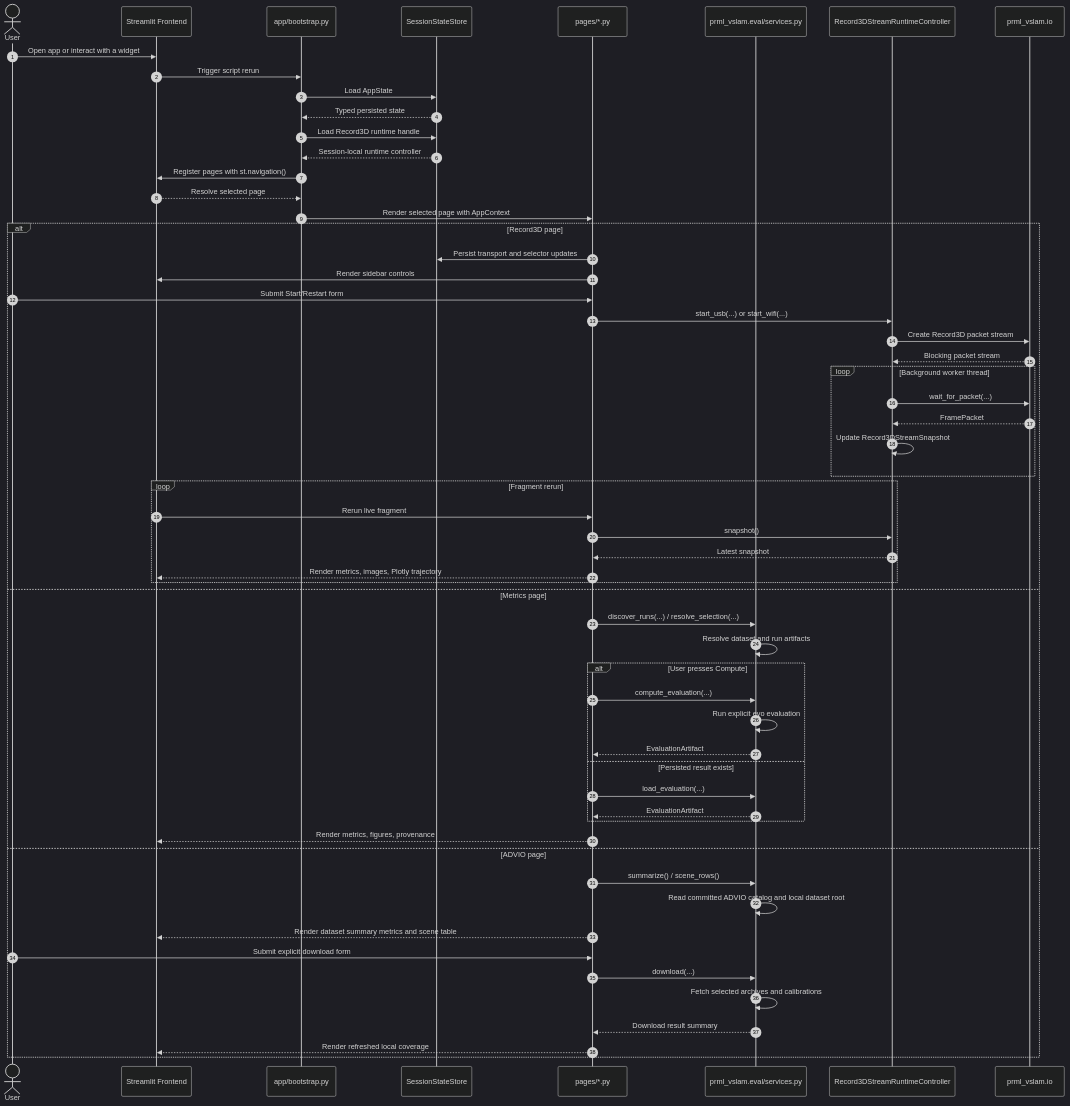
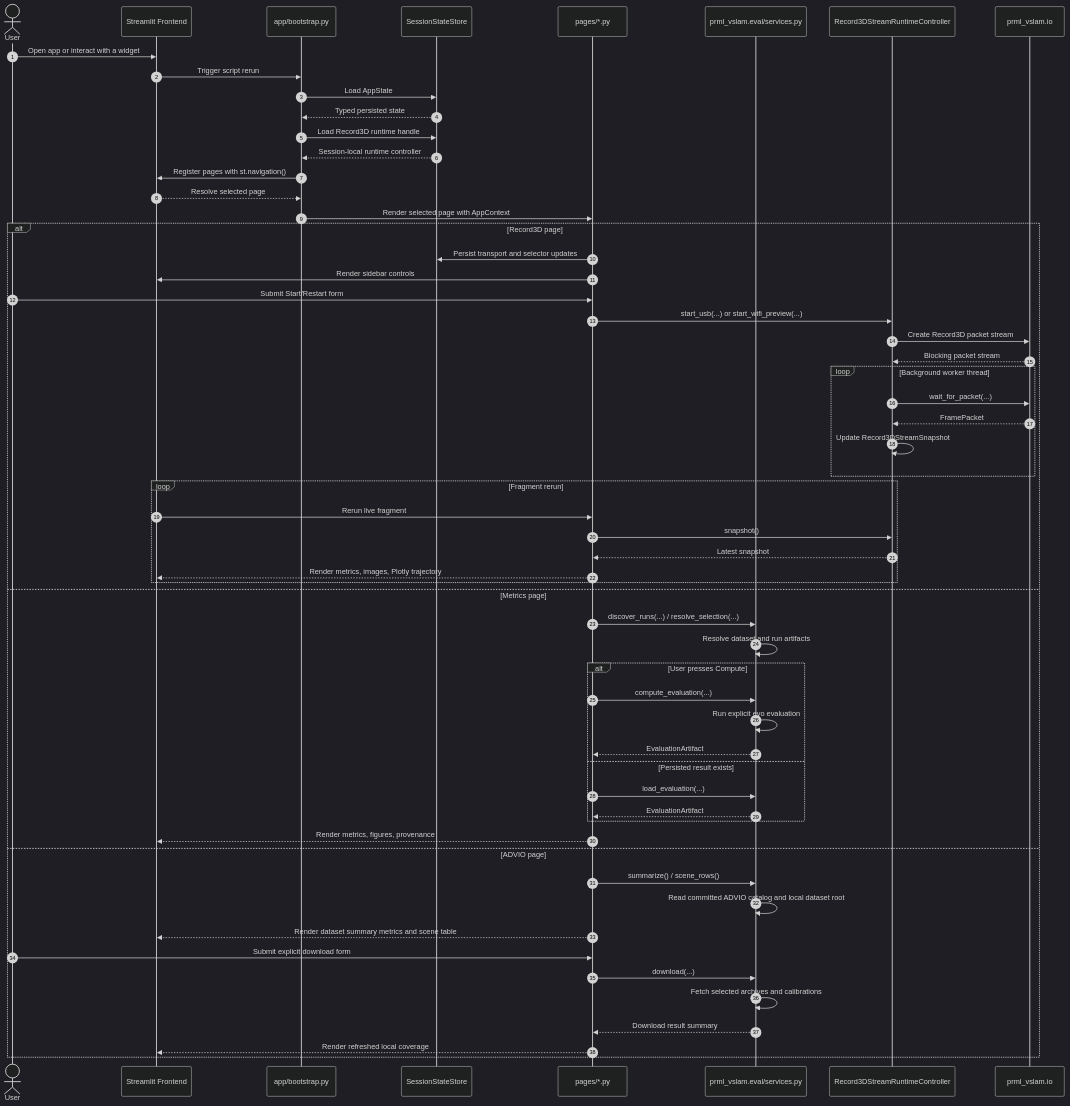
One commit to JanDuchscherer104/prml-vslam changed the diagram in src/prml_vslam/app/README.qmd. Above: the diagram before and after it, drawn with Mermaid (dark theme). The commit also changed other lines of this file and 16 other files, not shown here.

Commit message:
refactor(record3d): scope wifi as preview transport

````diff
--- a/src/prml_vslam/app/README.qmd
+++ b/src/prml_vslam/app/README.qmd
@@ -56,63 +56,63 @@
 ```{mermaid}
 sequenceDiagram
     autonumber
     actor User
     participant Browser as Streamlit Frontend
     participant Bootstrap as app/bootstrap.py
     participant Store as SessionStateStore
     participant Page as pages/*.py
     participant Service as prml_vslam.eval/services.py
     participant Runtime as Record3DStreamRuntimeController
     participant IO as prml_vslam.io
 
     User->>Browser: Open app or interact with a widget
     Browser->>Bootstrap: Trigger script rerun
     Bootstrap->>Store: Load AppState
     Store-->>Bootstrap: Typed persisted state
     Bootstrap->>Store: Load Record3D runtime handle
     Store-->>Bootstrap: Session-local runtime controller
     Bootstrap->>Browser: Register pages with st.navigation()
     Browser-->>Bootstrap: Resolve selected page
     Bootstrap->>Page: Render selected page with AppContext
 
     alt Record3D page
         Page->>Store: Persist transport and selector updates
         Page->>Browser: Render sidebar controls
         User->>Page: Submit Start/Restart form
-        Page->>Runtime: start_usb(...) or start_wifi(...)
+        Page->>Runtime: start_usb(...) or start_wifi_preview(...)
         Runtime->>IO: Create Record3D packet stream
         IO-->>Runtime: Blocking packet stream
         loop Background worker thread
             Runtime->>IO: wait_for_packet(...)
             IO-->>Runtime: FramePacket
             Runtime->>Runtime: Update Record3DStreamSnapshot
         end
         loop Fragment rerun
             Browser->>Page: Rerun live fragment
             Page->>Runtime: snapshot()
             Runtime-->>Page: Latest snapshot
             Page-->>Browser: Render metrics, images, Plotly trajectory
         end
     else Metrics page
         Page->>Service: discover_runs(...) / resolve_selection(...)
         Service->>Service: Resolve dataset and run artifacts
         alt User presses Compute
             Page->>Service: compute_evaluation(...)
             Service->>Service: Run explicit evo evaluation
             Service-->>Page: EvaluationArtifact
         else Persisted result exists
             Page->>Service: load_evaluation(...)
             Service-->>Page: EvaluationArtifact
         end
         Page-->>Browser: Render metrics, figures, provenance
     else ADVIO page
         Page->>Service: summarize() / scene_rows()
         Service->>Service: Read committed ADVIO catalog and local dataset root
         Page-->>Browser: Render dataset summary metrics and scene table
         User->>Page: Submit explicit download form
         Page->>Service: download(...)
         Service->>Service: Fetch selected archives and calibrations
         Service-->>Page: Download result summary
         Page-->>Browser: Render refreshed local coverage
     end
 ```
````
